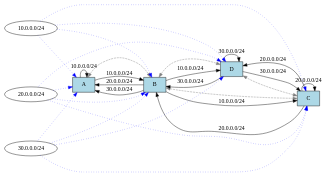
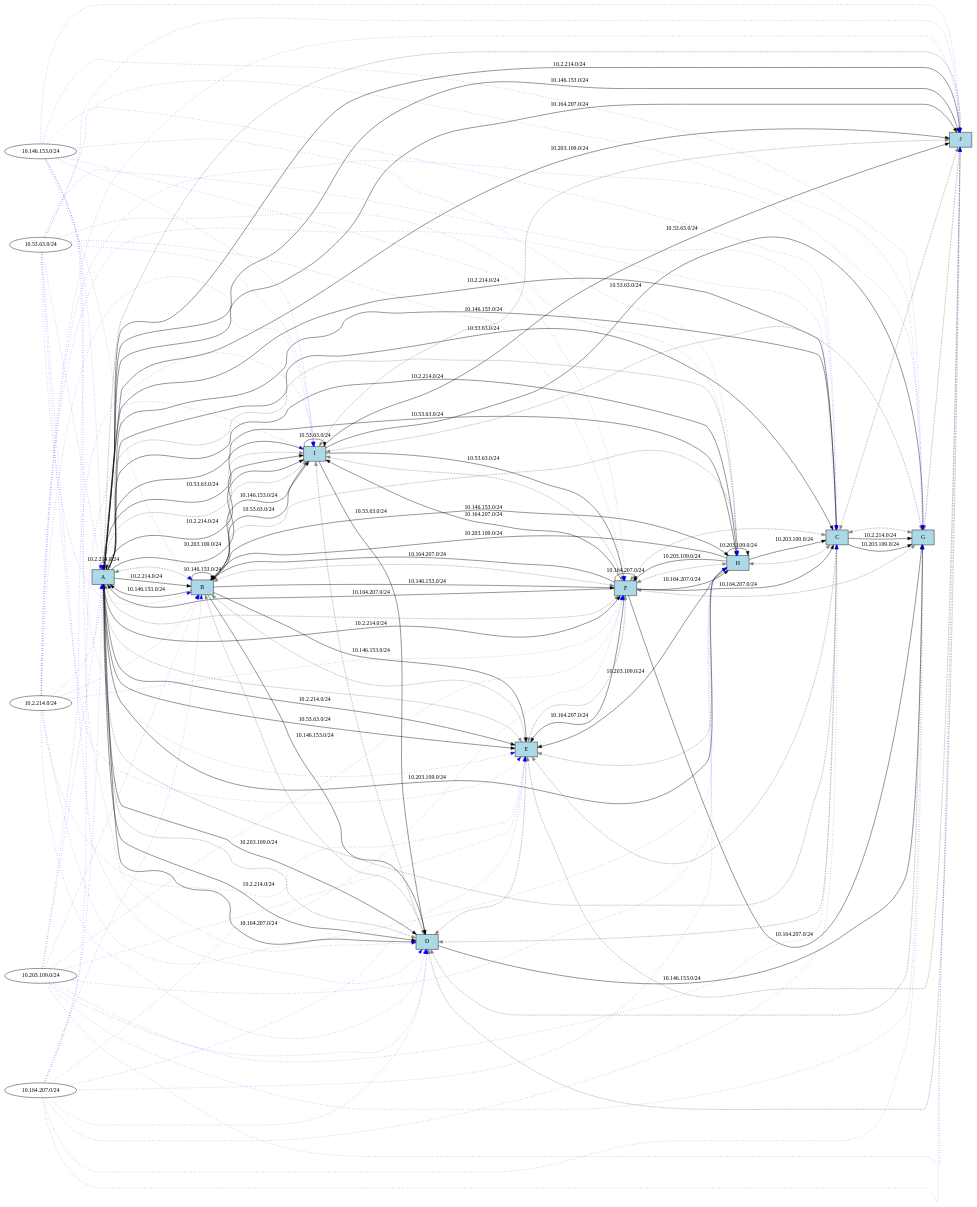
The diagram in bin/Debug/net8.0/graphs/iter_5.dot (websplee/bgp_simulator), drawn with Graphviz before and after one commit. The commit also changed 35 other files, not shown here.

```diff
--- a/bin/Debug/net8.0/graphs/iter_5.dot
+++ b/bin/Debug/net8.0/graphs/iter_5.dot
@@ -5,44 +5,192 @@
   "B" [shape=box, fillcolor=lightblue];
   "C" [shape=box, fillcolor=lightblue];
   "D" [shape=box, fillcolor=lightblue];
+  "E" [shape=box, fillcolor=lightblue];
+  "F" [shape=box, fillcolor=lightblue];
+  "G" [shape=box, fillcolor=lightblue];
+  "H" [shape=box, fillcolor=lightblue];
+  "I" [shape=box, fillcolor=lightblue];
+  "J" [shape=box, fillcolor=lightblue];
   "A" -> "B" [dir=both, style=dashed, color=gray];
-  "B" -> "C" [dir=both, style=dashed, color=gray];
+  "A" -> "C" [dir=both, style=dashed, color=gray];
+  "A" -> "E" [dir=both, style=dashed, color=gray];
+  "A" -> "F" [dir=both, style=dashed, color=gray];
+  "A" -> "I" [dir=both, style=dashed, color=gray];
+  "A" -> "J" [dir=both, style=dashed, color=gray];
+  "A" -> "D" [dir=both, style=dashed, color=gray];
+  "A" -> "H" [dir=both, style=dashed, color=gray];
   "B" -> "D" [dir=both, style=dashed, color=gray];
+  "B" -> "F" [dir=both, style=dashed, color=gray];
+  "B" -> "H" [dir=both, style=dashed, color=gray];
+  "B" -> "I" [dir=both, style=dashed, color=gray];
+  "B" -> "E" [dir=both, style=dashed, color=gray];
   "C" -> "D" [dir=both, style=dashed, color=gray];
-  "p_5_10_0_0_0_24" [label="10.0.0.0/24", shape=oval, fillcolor=white];
-  "A" -> "A" [label="10.0.0.0/24", color=black];
-  "p_5_10_0_0_0_24" -> "A" [style=dotted, color=blue];
-  "p_5_20_0_0_0_24" [label="20.0.0.0/24", shape=oval, fillcolor=white];
-  "B" -> "A" [label="20.0.0.0/24", color=black];
-  "p_5_20_0_0_0_24" -> "A" [style=dotted, color=blue];
-  "p_5_30_0_0_0_24" [label="30.0.0.0/24", shape=oval, fillcolor=white];
-  "B" -> "A" [label="30.0.0.0/24", color=black];
-  "p_5_30_0_0_0_24" -> "A" [style=dotted, color=blue];
-  "p_5_10_0_0_0_24" [label="10.0.0.0/24", shape=oval, fillcolor=white];
-  "A" -> "B" [label="10.0.0.0/24", color=black];
-  "p_5_10_0_0_0_24" -> "B" [style=dotted, color=blue];
-  "p_5_20_0_0_0_24" [label="20.0.0.0/24", shape=oval, fillcolor=white];
-  "C" -> "B" [label="20.0.0.0/24", color=black];
-  "p_5_20_0_0_0_24" -> "B" [style=dotted, color=blue];
-  "p_5_30_0_0_0_24" [label="30.0.0.0/24", shape=oval, fillcolor=white];
-  "D" -> "B" [label="30.0.0.0/24", color=black];
-  "p_5_30_0_0_0_24" -> "B" [style=dotted, color=blue];
-  "p_5_20_0_0_0_24" [label="20.0.0.0/24", shape=oval, fillcolor=white];
-  "C" -> "C" [label="20.0.0.0/24", color=black];
-  "p_5_20_0_0_0_24" -> "C" [style=dotted, color=blue];
-  "p_5_30_0_0_0_24" [label="30.0.0.0/24", shape=oval, fillcolor=white];
-  "D" -> "C" [label="30.0.0.0/24", color=black];
-  "p_5_30_0_0_0_24" -> "C" [style=dotted, color=blue];
-  "p_5_10_0_0_0_24" [label="10.0.0.0/24", shape=oval, fillcolor=white];
-  "B" -> "C" [label="10.0.0.0/24", color=black];
-  "p_5_10_0_0_0_24" -> "C" [style=dotted, color=blue];
-  "p_5_30_0_0_0_24" [label="30.0.0.0/24", shape=oval, fillcolor=white];
-  "D" -> "D" [label="30.0.0.0/24", color=black];
-  "p_5_30_0_0_0_24" -> "D" [style=dotted, color=blue];
-  "p_5_20_0_0_0_24" [label="20.0.0.0/24", shape=oval, fillcolor=white];
-  "C" -> "D" [label="20.0.0.0/24", color=black];
-  "p_5_20_0_0_0_24" -> "D" [style=dotted, color=blue];
-  "p_5_10_0_0_0_24" [label="10.0.0.0/24", shape=oval, fillcolor=white];
-  "B" -> "D" [label="10.0.0.0/24", color=black];
-  "p_5_10_0_0_0_24" -> "D" [style=dotted, color=blue];
+  "C" -> "H" [dir=both, style=dashed, color=gray];
+  "C" -> "J" [dir=both, style=dashed, color=gray];
+  "C" -> "E" [dir=both, style=dashed, color=gray];
+  "C" -> "F" [dir=both, style=dashed, color=gray];
+  "C" -> "G" [dir=both, style=dashed, color=gray];
+  "D" -> "E" [dir=both, style=dashed, color=gray];
+  "D" -> "G" [dir=both, style=dashed, color=gray];
+  "D" -> "I" [dir=both, style=dashed, color=gray];
+  "D" -> "J" [dir=both, style=dashed, color=gray];
+  "E" -> "H" [dir=both, style=dashed, color=gray];
+  "E" -> "J" [dir=both, style=dashed, color=gray];
+  "E" -> "F" [dir=both, style=dashed, color=gray];
+  "F" -> "H" [dir=both, style=dashed, color=gray];
+  "F" -> "I" [dir=both, style=dashed, color=gray];
+  "F" -> "G" [dir=both, style=dashed, color=gray];
+  "G" -> "I" [dir=both, style=dashed, color=gray];
+  "G" -> "J" [dir=both, style=dashed, color=gray];
+  "I" -> "J" [dir=both, style=dashed, color=gray];
+  "p_5_10_2_214_0_24" [label="10.2.214.0/24", shape=oval, fillcolor=white];
+  "A" -> "A" [label="10.2.214.0/24", color=black];
+  "p_5_10_2_214_0_24" -> "A" [style=dotted, color=blue];
+  "p_5_10_146_153_0_24" [label="10.146.153.0/24", shape=oval, fillcolor=white];
+  "B" -> "A" [label="10.146.153.0/24", color=black];
+  "p_5_10_146_153_0_24" -> "A" [style=dotted, color=blue];
+  "p_5_10_164_207_0_24" [label="10.164.207.0/24", shape=oval, fillcolor=white];
+  "F" -> "A" [label="10.164.207.0/24", color=black];
+  "p_5_10_164_207_0_24" -> "A" [style=dotted, color=blue];
+  "p_5_10_53_63_0_24" [label="10.53.63.0/24", shape=oval, fillcolor=white];
+  "I" -> "A" [label="10.53.63.0/24", color=black];
+  "p_5_10_53_63_0_24" -> "A" [style=dotted, color=blue];
+  "p_5_10_203_109_0_24" [label="10.203.109.0/24", shape=oval, fillcolor=white];
+  "H" -> "A" [label="10.203.109.0/24", color=black];
+  "p_5_10_203_109_0_24" -> "A" [style=dotted, color=blue];
+  "p_5_10_146_153_0_24" [label="10.146.153.0/24", shape=oval, fillcolor=white];
+  "B" -> "B" [label="10.146.153.0/24", color=black];
+  "p_5_10_146_153_0_24" -> "B" [style=dotted, color=blue];
+  "p_5_10_2_214_0_24" [label="10.2.214.0/24", shape=oval, fillcolor=white];
+  "A" -> "B" [label="10.2.214.0/24", color=black];
+  "p_5_10_2_214_0_24" -> "B" [style=dotted, color=blue];
+  "p_5_10_164_207_0_24" [label="10.164.207.0/24", shape=oval, fillcolor=white];
+  "F" -> "B" [label="10.164.207.0/24", color=black];
+  "p_5_10_164_207_0_24" -> "B" [style=dotted, color=blue];
+  "p_5_10_203_109_0_24" [label="10.203.109.0/24", shape=oval, fillcolor=white];
+  "H" -> "B" [label="10.203.109.0/24", color=black];
+  "p_5_10_203_109_0_24" -> "B" [style=dotted, color=blue];
+  "p_5_10_53_63_0_24" [label="10.53.63.0/24", shape=oval, fillcolor=white];
+  "I" -> "B" [label="10.53.63.0/24", color=black];
+  "p_5_10_53_63_0_24" -> "B" [style=dotted, color=blue];
+  "p_5_10_2_214_0_24" [label="10.2.214.0/24", shape=oval, fillcolor=white];
+  "A" -> "C" [label="10.2.214.0/24", color=black];
+  "p_5_10_2_214_0_24" -> "C" [style=dotted, color=blue];
+  "p_5_10_203_109_0_24" [label="10.203.109.0/24", shape=oval, fillcolor=white];
+  "H" -> "C" [label="10.203.109.0/24", color=black];
+  "p_5_10_203_109_0_24" -> "C" [style=dotted, color=blue];
+  "p_5_10_164_207_0_24" [label="10.164.207.0/24", shape=oval, fillcolor=white];
+  "F" -> "C" [label="10.164.207.0/24", color=black];
+  "p_5_10_164_207_0_24" -> "C" [style=dotted, color=blue];
+  "p_5_10_146_153_0_24" [label="10.146.153.0/24", shape=oval, fillcolor=white];
+  "A" -> "C" [label="10.146.153.0/24", color=black];
+  "p_5_10_146_153_0_24" -> "C" [style=dotted, color=blue];
+  "p_5_10_53_63_0_24" [label="10.53.63.0/24", shape=oval, fillcolor=white];
+  "A" -> "C" [label="10.53.63.0/24", color=black];
+  "p_5_10_53_63_0_24" -> "C" [style=dotted, color=blue];
+  "p_5_10_146_153_0_24" [label="10.146.153.0/24", shape=oval, fillcolor=white];
+  "B" -> "D" [label="10.146.153.0/24", color=black];
+  "p_5_10_146_153_0_24" -> "D" [style=dotted, color=blue];
+  "p_5_10_2_214_0_24" [label="10.2.214.0/24", shape=oval, fillcolor=white];
+  "A" -> "D" [label="10.2.214.0/24", color=black];
+  "p_5_10_2_214_0_24" -> "D" [style=dotted, color=blue];
+  "p_5_10_53_63_0_24" [label="10.53.63.0/24", shape=oval, fillcolor=white];
+  "I" -> "D" [label="10.53.63.0/24", color=black];
+  "p_5_10_53_63_0_24" -> "D" [style=dotted, color=blue];
+  "p_5_10_164_207_0_24" [label="10.164.207.0/24", shape=oval, fillcolor=white];
+  "A" -> "D" [label="10.164.207.0/24", color=black];
+  "p_5_10_164_207_0_24" -> "D" [style=dotted, color=blue];
+  "p_5_10_203_109_0_24" [label="10.203.109.0/24", shape=oval, fillcolor=white];
+  "A" -> "D" [label="10.203.109.0/24", color=black];
+  "p_5_10_203_109_0_24" -> "D" [style=dotted, color=blue];
+  "p_5_10_2_214_0_24" [label="10.2.214.0/24", shape=oval, fillcolor=white];
+  "A" -> "E" [label="10.2.214.0/24", color=black];
+  "p_5_10_2_214_0_24" -> "E" [style=dotted, color=blue];
+  "p_5_10_146_153_0_24" [label="10.146.153.0/24", shape=oval, fillcolor=white];
+  "B" -> "E" [label="10.146.153.0/24", color=black];
+  "p_5_10_146_153_0_24" -> "E" [style=dotted, color=blue];
+  "p_5_10_203_109_0_24" [label="10.203.109.0/24", shape=oval, fillcolor=white];
+  "H" -> "E" [label="10.203.109.0/24", color=black];
+  "p_5_10_203_109_0_24" -> "E" [style=dotted, color=blue];
+  "p_5_10_164_207_0_24" [label="10.164.207.0/24", shape=oval, fillcolor=white];
+  "F" -> "E" [label="10.164.207.0/24", color=black];
+  "p_5_10_164_207_0_24" -> "E" [style=dotted, color=blue];
+  "p_5_10_53_63_0_24" [label="10.53.63.0/24", shape=oval, fillcolor=white];
+  "A" -> "E" [label="10.53.63.0/24", color=black];
+  "p_5_10_53_63_0_24" -> "E" [style=dotted, color=blue];
+  "p_5_10_164_207_0_24" [label="10.164.207.0/24", shape=oval, fillcolor=white];
+  "F" -> "F" [label="10.164.207.0/24", color=black];
+  "p_5_10_164_207_0_24" -> "F" [style=dotted, color=blue];
+  "p_5_10_2_214_0_24" [label="10.2.214.0/24", shape=oval, fillcolor=white];
+  "A" -> "F" [label="10.2.214.0/24", color=black];
+  "p_5_10_2_214_0_24" -> "F" [style=dotted, color=blue];
+  "p_5_10_146_153_0_24" [label="10.146.153.0/24", shape=oval, fillcolor=white];
+  "B" -> "F" [label="10.146.153.0/24", color=black];
+  "p_5_10_146_153_0_24" -> "F" [style=dotted, color=blue];
+  "p_5_10_203_109_0_24" [label="10.203.109.0/24", shape=oval, fillcolor=white];
+  "H" -> "F" [label="10.203.109.0/24", color=black];
+  "p_5_10_203_109_0_24" -> "F" [style=dotted, color=blue];
+  "p_5_10_53_63_0_24" [label="10.53.63.0/24", shape=oval, fillcolor=white];
+  "I" -> "F" [label="10.53.63.0/24", color=black];
+  "p_5_10_53_63_0_24" -> "F" [style=dotted, color=blue];
+  "p_5_10_164_207_0_24" [label="10.164.207.0/24", shape=oval, fillcolor=white];
+  "F" -> "G" [label="10.164.207.0/24", color=black];
+  "p_5_10_164_207_0_24" -> "G" [style=dotted, color=blue];
+  "p_5_10_53_63_0_24" [label="10.53.63.0/24", shape=oval, fillcolor=white];
+  "I" -> "G" [label="10.53.63.0/24", color=black];
+  "p_5_10_53_63_0_24" -> "G" [style=dotted, color=blue];
+  "p_5_10_146_153_0_24" [label="10.146.153.0/24", shape=oval, fillcolor=white];
+  "D" -> "G" [label="10.146.153.0/24", color=black];
+  "p_5_10_146_153_0_24" -> "G" [style=dotted, color=blue];
+  "p_5_10_2_214_0_24" [label="10.2.214.0/24", shape=oval, fillcolor=white];
+  "C" -> "G" [label="10.2.214.0/24", color=black];
+  "p_5_10_2_214_0_24" -> "G" [style=dotted, color=blue];
+  "p_5_10_203_109_0_24" [label="10.203.109.0/24", shape=oval, fillcolor=white];
+  "C" -> "G" [label="10.203.109.0/24", color=black];
+  "p_5_10_203_109_0_24" -> "G" [style=dotted, color=blue];
+  "p_5_10_203_109_0_24" [label="10.203.109.0/24", shape=oval, fillcolor=white];
+  "H" -> "H" [label="10.203.109.0/24", color=black];
+  "p_5_10_203_109_0_24" -> "H" [style=dotted, color=blue];
+  "p_5_10_146_153_0_24" [label="10.146.153.0/24", shape=oval, fillcolor=white];
+  "B" -> "H" [label="10.146.153.0/24", color=black];
+  "p_5_10_146_153_0_24" -> "H" [style=dotted, color=blue];
+  "p_5_10_164_207_0_24" [label="10.164.207.0/24", shape=oval, fillcolor=white];
+  "F" -> "H" [label="10.164.207.0/24", color=black];
+  "p_5_10_164_207_0_24" -> "H" [style=dotted, color=blue];
+  "p_5_10_2_214_0_24" [label="10.2.214.0/24", shape=oval, fillcolor=white];
+  "A" -> "H" [label="10.2.214.0/24", color=black];
+  "p_5_10_2_214_0_24" -> "H" [style=dotted, color=blue];
+  "p_5_10_53_63_0_24" [label="10.53.63.0/24", shape=oval, fillcolor=white];
+  "A" -> "H" [label="10.53.63.0/24", color=black];
+  "p_5_10_53_63_0_24" -> "H" [style=dotted, color=blue];
+  "p_5_10_53_63_0_24" [label="10.53.63.0/24", shape=oval, fillcolor=white];
+  "I" -> "I" [label="10.53.63.0/24", color=black];
+  "p_5_10_53_63_0_24" -> "I" [style=dotted, color=blue];
+  "p_5_10_2_214_0_24" [label="10.2.214.0/24", shape=oval, fillcolor=white];
+  "A" -> "I" [label="10.2.214.0/24", color=black];
+  "p_5_10_2_214_0_24" -> "I" [style=dotted, color=blue];
+  "p_5_10_146_153_0_24" [label="10.146.153.0/24", shape=oval, fillcolor=white];
+  "B" -> "I" [label="10.146.153.0/24", color=black];
+  "p_5_10_146_153_0_24" -> "I" [style=dotted, color=blue];
+  "p_5_10_164_207_0_24" [label="10.164.207.0/24", shape=oval, fillcolor=white];
+  "F" -> "I" [label="10.164.207.0/24", color=black];
+  "p_5_10_164_207_0_24" -> "I" [style=dotted, color=blue];
+  "p_5_10_203_109_0_24" [label="10.203.109.0/24", shape=oval, fillcolor=white];
+  "A" -> "I" [label="10.203.109.0/24", color=black];
+  "p_5_10_203_109_0_24" -> "I" [style=dotted, color=blue];
+  "p_5_10_2_214_0_24" [label="10.2.214.0/24", shape=oval, fillcolor=white];
+  "A" -> "J" [label="10.2.214.0/24", color=black];
+  "p_5_10_2_214_0_24" -> "J" [style=dotted, color=blue];
+  "p_5_10_53_63_0_24" [label="10.53.63.0/24", shape=oval, fillcolor=white];
+  "I" -> "J" [label="10.53.63.0/24", color=black];
+  "p_5_10_53_63_0_24" -> "J" [style=dotted, color=blue];
+  "p_5_10_146_153_0_24" [label="10.146.153.0/24", shape=oval, fillcolor=white];
+  "A" -> "J" [label="10.146.153.0/24", color=black];
+  "p_5_10_146_153_0_24" -> "J" [style=dotted, color=blue];
+  "p_5_10_164_207_0_24" [label="10.164.207.0/24", shape=oval, fillcolor=white];
+  "A" -> "J" [label="10.164.207.0/24", color=black];
+  "p_5_10_164_207_0_24" -> "J" [style=dotted, color=blue];
+  "p_5_10_203_109_0_24" [label="10.203.109.0/24", shape=oval, fillcolor=white];
+  "A" -> "J" [label="10.203.109.0/24", color=black];
+  "p_5_10_203_109_0_24" -> "J" [style=dotted, color=blue];
 }
```
